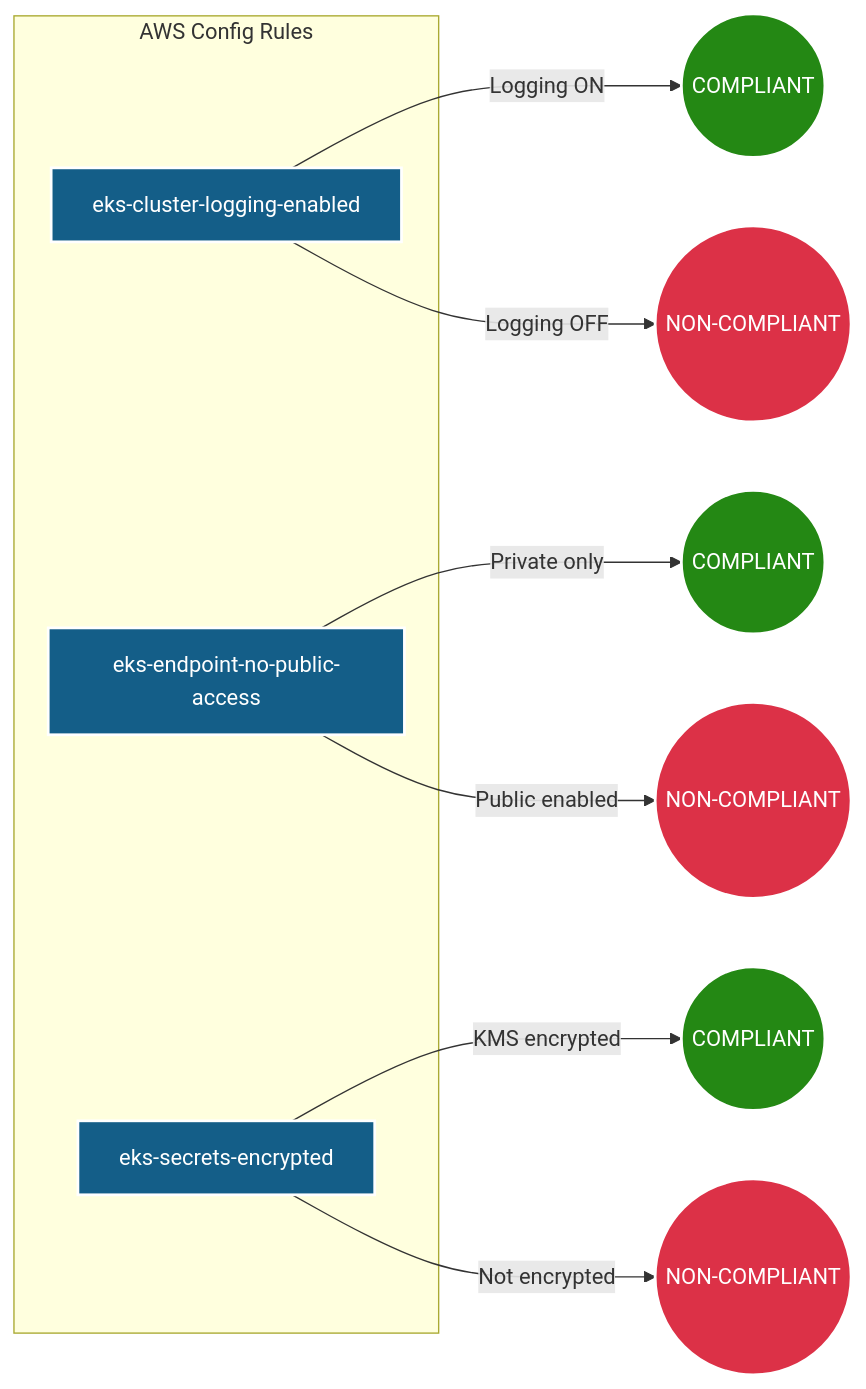
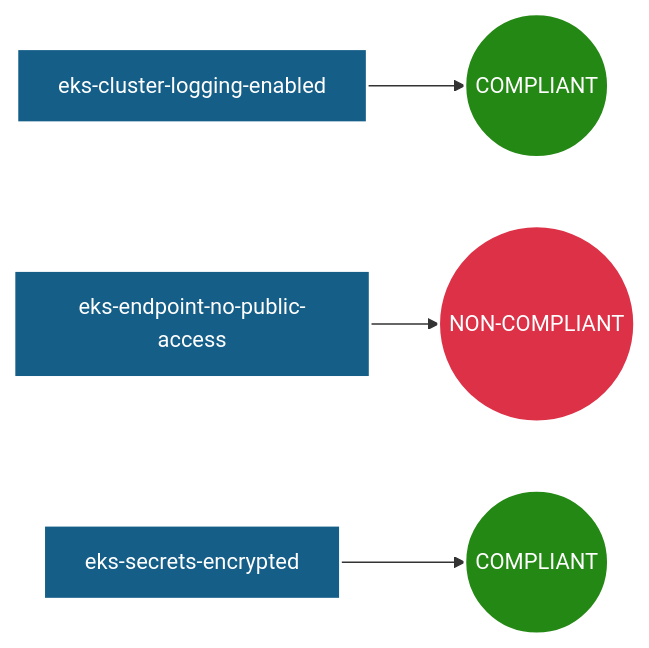
The second of 3 diagrams in modules/security/README.md (selvakumarperumal/EKS_k8s_custom_template_with_Terraform), drawn with Mermaid before and after one commit. The commit also changed other lines of this file and 5 other files, not shown here.

Commit message:
docs: rewrite all module READMEs with fixed Mermaid diagrams and Terraform code snippets

````diff
--- a/modules/security/README.md
+++ b/modules/security/README.md
@@ -82,25 +146,14 @@
 ```mermaid
 graph LR
-    classDef rule fill:#145E88,stroke:#fff,stroke-width:2px,color:#fff
-    classDef pass fill:#248814,stroke:#fff,stroke-width:2px,color:#fff
-    classDef fail fill:#DC3147,stroke:#fff,stroke-width:2px,color:#fff
+    classDef ruleStyle fill:#145E88,stroke:#fff,stroke-width:2px,color:#fff
+    classDef passStyle fill:#248814,stroke:#fff,stroke-width:2px,color:#fff
+    classDef failStyle fill:#DC3147,stroke:#fff,stroke-width:2px,color:#fff
 
-    subgraph Config_Rules ["AWS Config Rules"]
-        R1["eks-cluster-logging-enabled"]
-        R2["eks-endpoint-no-public-access"]
-        R3["eks-secrets-encrypted"]
-    end
+    R1["eks-cluster-logging-enabled"] --> Pass1(("COMPLIANT"))
+    R2["eks-endpoint-no-public-access"] --> Fail2(("NON-COMPLIANT"))
+    R3["eks-secrets-encrypted"] --> Pass3(("COMPLIANT"))
 
-    R1 --> |Logging ON| Pass1(("COMPLIANT"))
-    R1 --> |Logging OFF| Fail1(("NON-COMPLIANT"))
-
-    R2 --> |Private only| Pass2(("COMPLIANT"))
-    R2 --> |Public enabled| Fail2(("NON-COMPLIANT"))
-
-    R3 --> |KMS encrypted| Pass3(("COMPLIANT"))
-    R3 --> |Not encrypted| Fail3(("NON-COMPLIANT"))
-
-    class R1,R2,R3 rule
-    class Pass1,Pass2,Pass3 pass
-    class Fail1,Fail2,Fail3 fail
+    class R1,R2,R3 ruleStyle
+    class Pass1,Pass3 passStyle
+    class Fail2 failStyle
 ```
````
